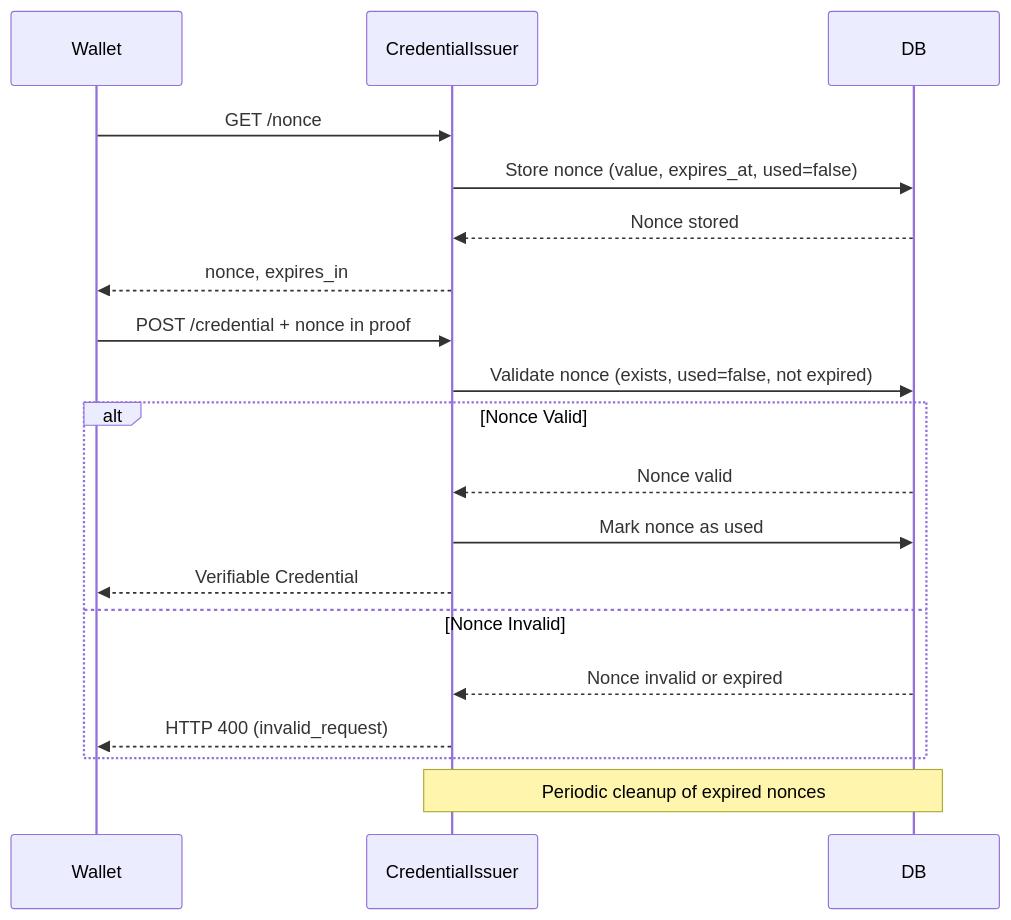
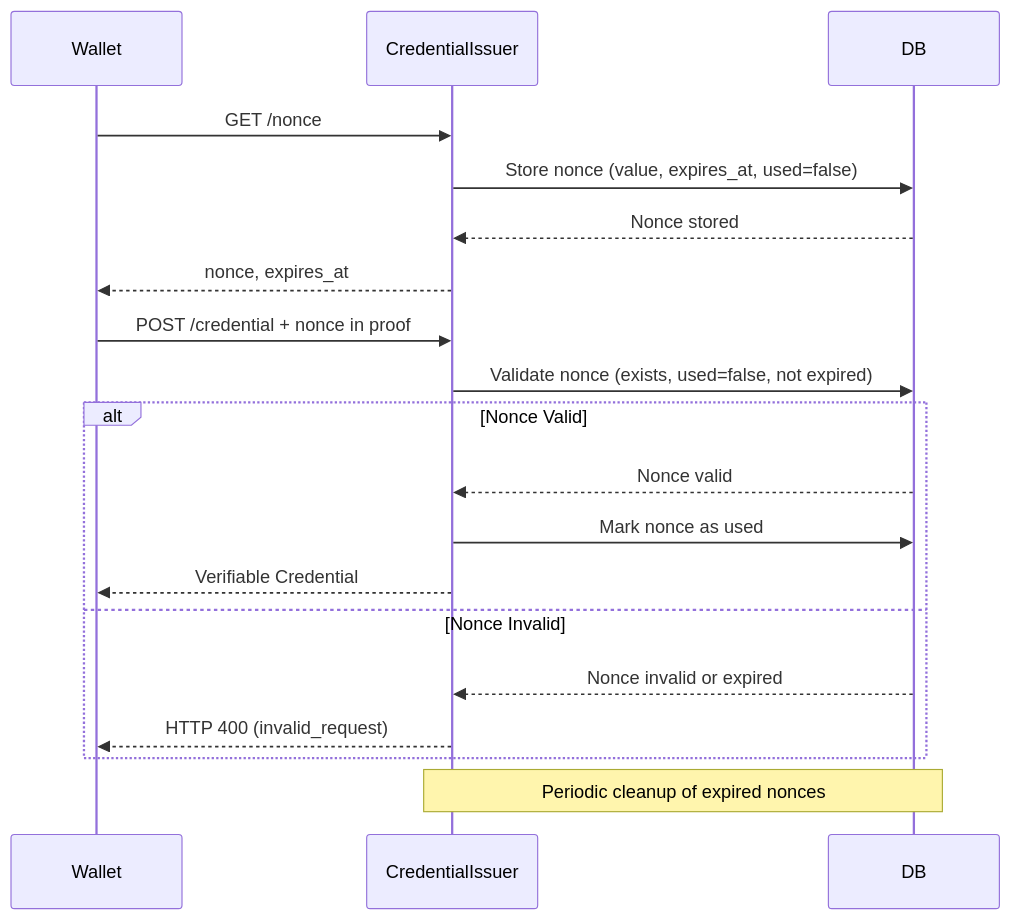
The seventh of 8 diagrams in README.md (weiiv/di-auth-server), drawn with Mermaid before and after one commit. The commit also changed other lines of this file and 2 other files, not shown here.

````diff
--- a/README.md
+++ b/README.md
@@ -450,21 +536,21 @@
 ```mermaid
 sequenceDiagram
     participant Wallet
     participant CredentialIssuer
     participant DB
     Wallet->>CredentialIssuer: GET /nonce
     CredentialIssuer->>DB: Store nonce (value, expires_at, used=false)
     DB-->>CredentialIssuer: Nonce stored
-    CredentialIssuer-->>Wallet: nonce, expires_in
+    CredentialIssuer-->>Wallet: nonce, expires_at
     Wallet->>CredentialIssuer: POST /credential + nonce in proof
     CredentialIssuer->>DB: Validate nonce (exists, used=false, not expired)
     alt Nonce Valid
     DB-->>CredentialIssuer: Nonce valid
     CredentialIssuer->>DB: Mark nonce as used
     CredentialIssuer-->>Wallet: Verifiable Credential
     else Nonce Invalid
     DB-->>CredentialIssuer: Nonce invalid or expired
     CredentialIssuer-->>Wallet: HTTP 400 (invalid_request)
     end
     Note over CredentialIssuer,DB: Periodic cleanup of expired nonces
 ```
````
